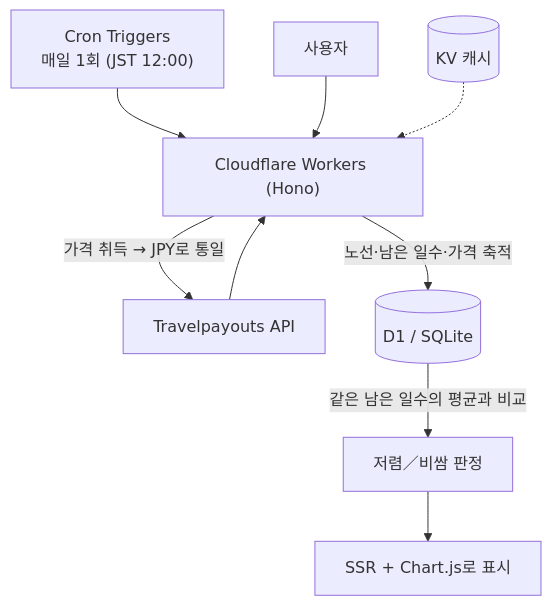
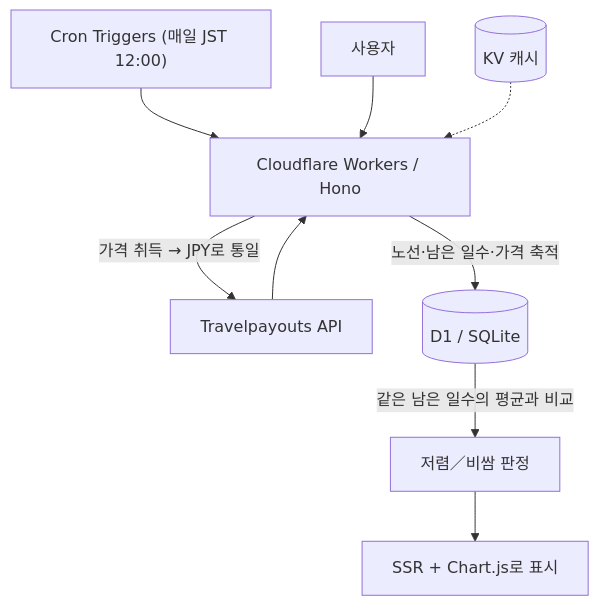
One commit to Cobalt-Velvet/SwimFare changed the diagram in docs/README_ko.md. Above: the diagram before and after it, drawn with Mermaid. The commit also changed other lines of this file and 9 other files, not shown here.

````diff
--- a/docs/README_ko.md
+++ b/docs/README_ko.md
@@ -54,11 +70,11 @@
 ```mermaid
 flowchart TD
-    Cron["Cron Triggers<br/>매일 1회 (JST 12:00)"] --> Worker["Cloudflare Workers (Hono)"]
+    Cron["Cron Triggers (매일 JST 12:00)"] --> Worker["Cloudflare Workers / Hono"]
     Worker -->|"가격 취득 → JPY로 통일"| TP["Travelpayouts API"]
     TP --> Worker
     Worker -->|"노선·남은 일수·가격 축적"| D1[("D1 / SQLite")]
     User["사용자"] --> Worker
     D1 -->|"같은 남은 일수의 평균과 비교"| Judge["저렴／비쌈 판정"]
     Judge --> View["SSR + Chart.js로 표시"]
     KV[("KV 캐시")] -.-> Worker
 ```
````
